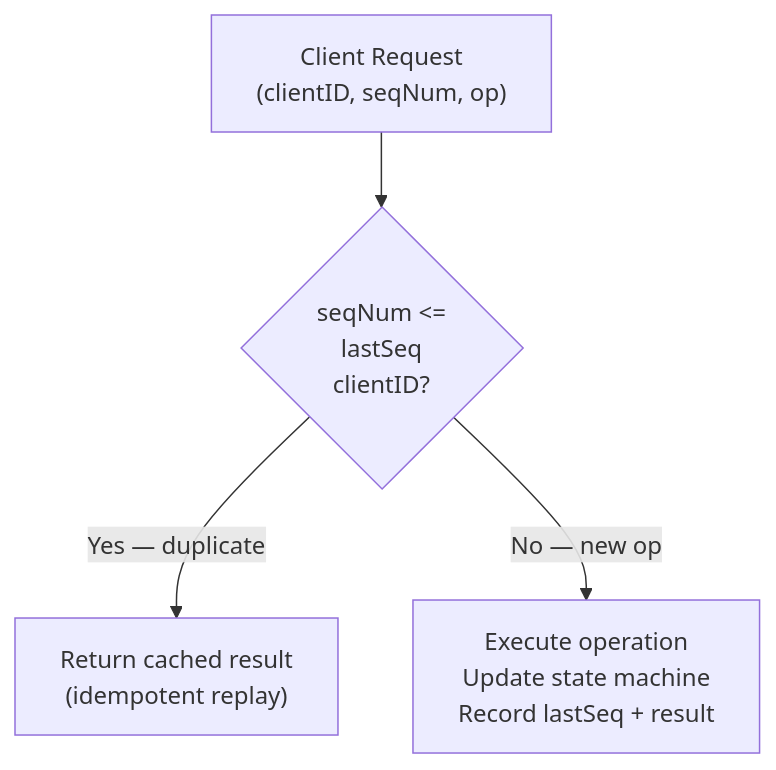
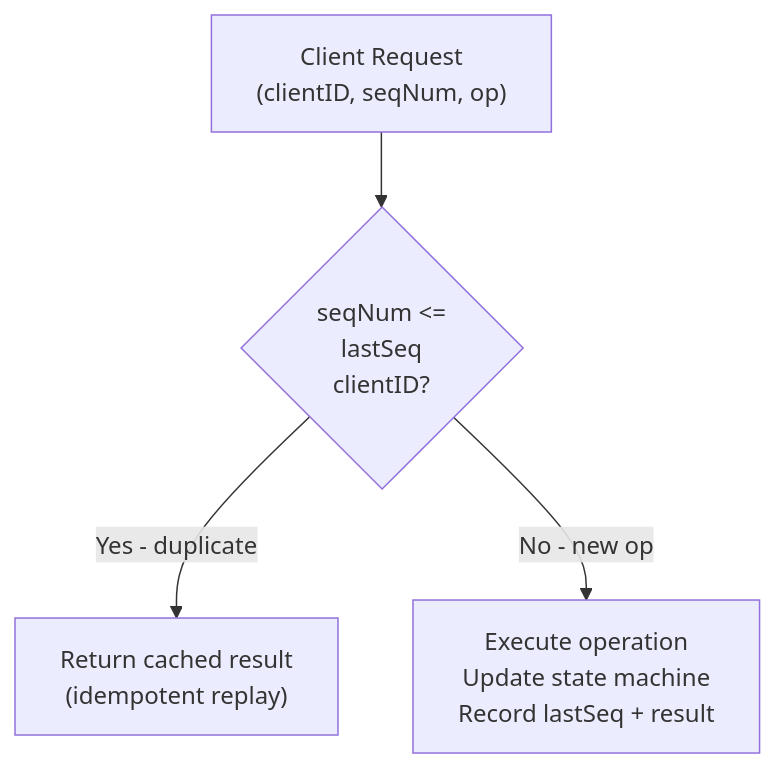
The tenth of 11 diagrams in README.md (sandeepkv93/raft-consensus), drawn with Mermaid before and after one commit. The commit also changed other lines of this file and 5 other files, not shown here.

````diff
--- a/README.md
+++ b/README.md
@@ -305,11 +305,11 @@
 ```mermaid
 flowchart TD
     req["Client Request\n(clientID, seqNum, op)"]
     check{seqNum <=\nlastSeq\nclientID?}
     cached["Return cached result\n(idempotent replay)"]
     execute["Execute operation\nUpdate state machine\nRecord lastSeq + result"]
 
     req --> check
-    check -->|"Yes — duplicate"| cached
-    check -->|"No — new op"| execute
+    check -->|"Yes - duplicate"| cached
+    check -->|"No - new op"| execute
 ```
````
